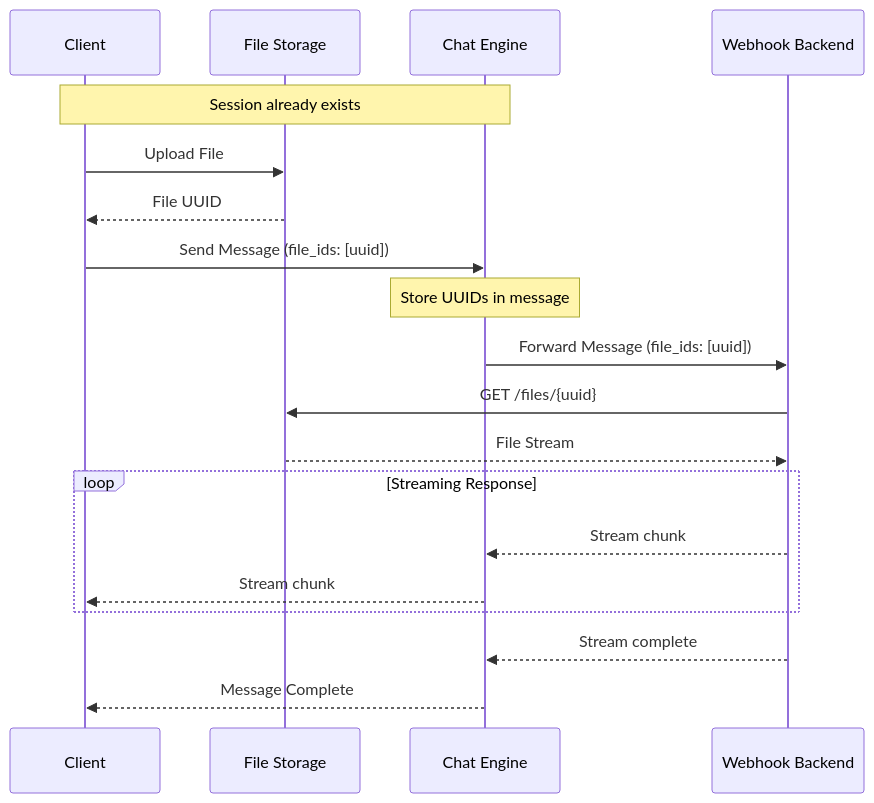
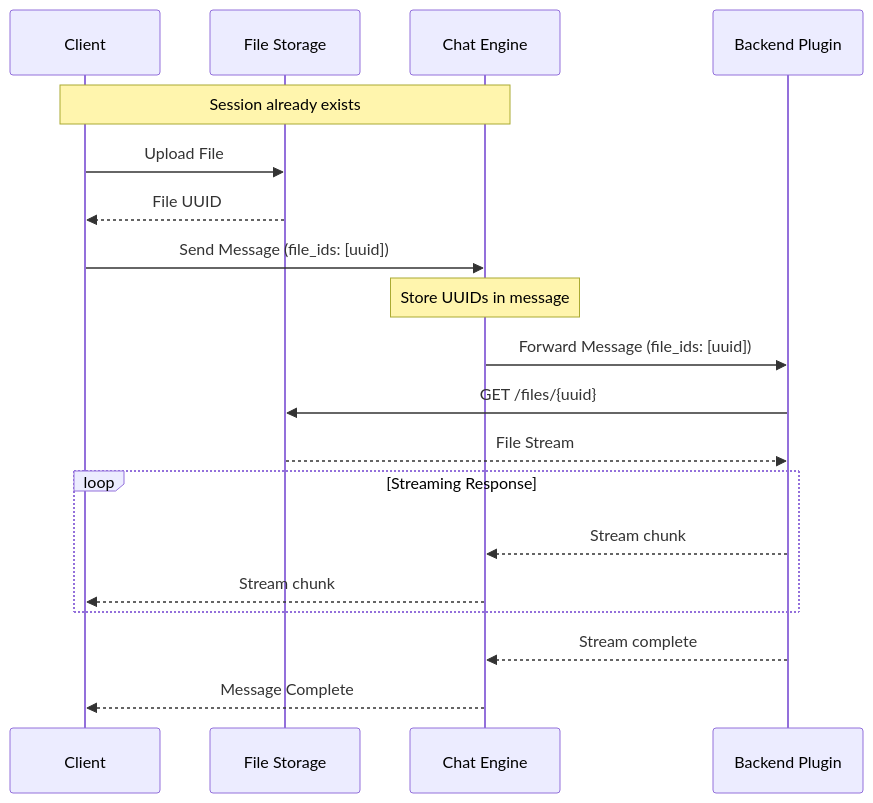
The fourth of 16 diagrams in modules/chat_engine/DESIGN.md (Ritmix3300/cyberfabric-core), drawn with Mermaid before and after one commit. The commit also changed other lines of this file and 26 other files, not shown here.

Commit message:
replace webhook backend with backend plugin

````diff
--- a/modules/chat_engine/DESIGN.md
+++ b/modules/chat_engine/DESIGN.md
@@ -576,27 +572,27 @@
 ```mermaid
 sequenceDiagram
     participant Client
     participant File Storage
     participant Chat Engine
-    participant Webhook Backend
+    participant Backend Plugin
 
     Note over Client,Chat Engine: Session already exists
 
     Client->>File Storage: Upload File
     File Storage-->>Client: File UUID
 
     Client->>Chat Engine: Send Message (file_ids: [uuid])
     Note over Chat Engine: Store UUIDs in message
-    Chat Engine->>Webhook Backend: Forward Message (file_ids: [uuid])
+    Chat Engine->>Backend Plugin: Forward Message (file_ids: [uuid])
 
-    Webhook Backend->>File Storage: GET /files/{uuid}
-    File Storage-->>Webhook Backend: File Stream
+    Backend Plugin->>File Storage: GET /files/{uuid}
+    File Storage-->>Backend Plugin: File Stream
 
     loop Streaming Response
-        Webhook Backend-->>Chat Engine: Stream chunk
+        Backend Plugin-->>Chat Engine: Stream chunk
         Chat Engine-->>Client: Stream chunk
     end
 
-    Webhook Backend-->>Chat Engine: Stream complete
+    Backend Plugin-->>Chat Engine: Stream complete
     Chat Engine-->>Client: Message Complete
 ```
````
